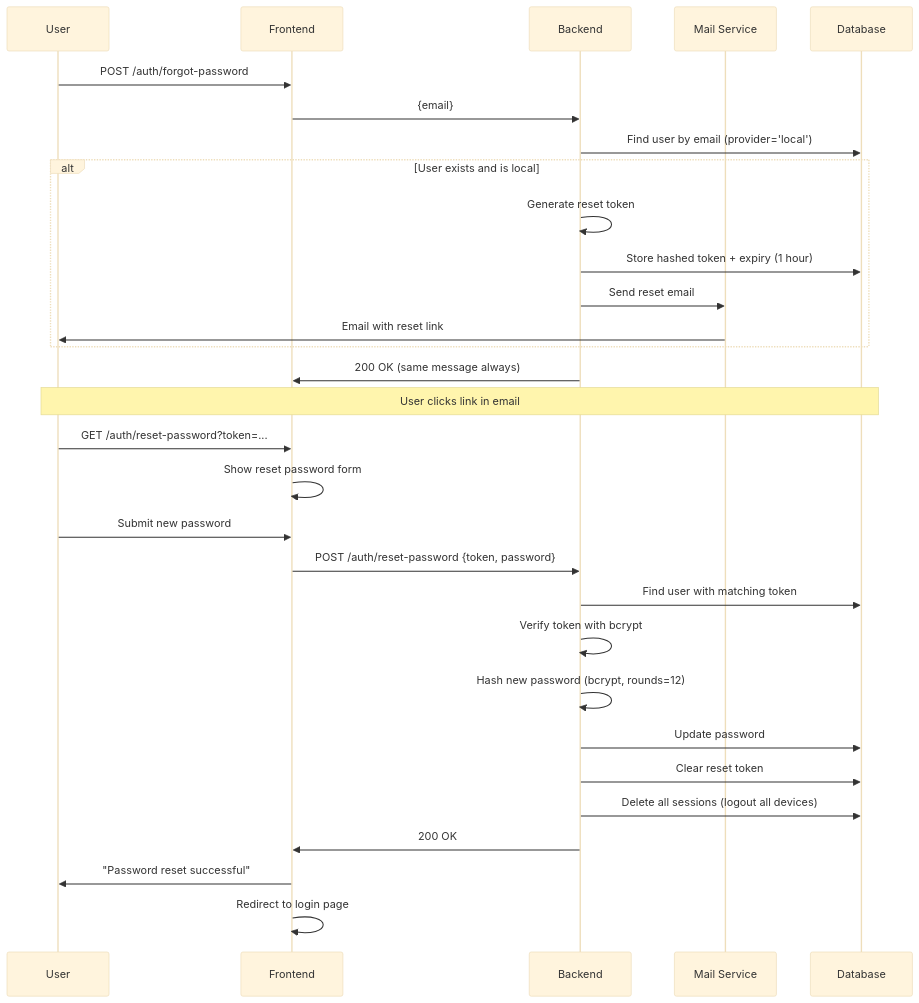
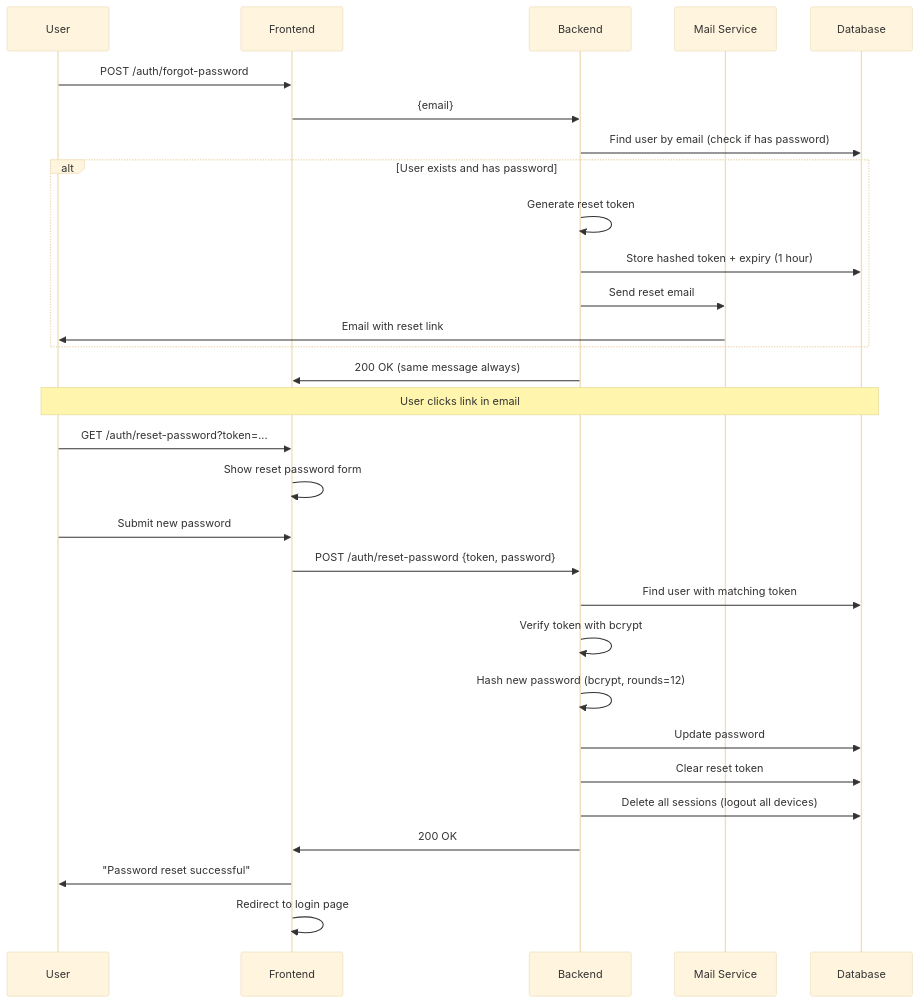
One commit to kevinvuong-mim/mimkat-api changed the diagram in documents/apis/auth/password-reset.md. Above: the diagram before and after it, drawn with Mermaid (base theme). The commit also changed other lines of this file and 5 other files, not shown here.

````diff
--- a/documents/apis/auth/password-reset.md
+++ b/documents/apis/auth/password-reset.md
@@ -236,37 +236,37 @@
 ```mermaid
 sequenceDiagram
     participant U as User
     participant F as Frontend
     participant B as Backend
     participant M as Mail Service
     participant D as Database
 
     U->>F: POST /auth/forgot-password
     F->>B: {email}
-    B->>D: Find user by email (provider='local')
+    B->>D: Find user by email (check if has password)
 
-    alt User exists and is local
+    alt User exists and has password
         B->>B: Generate reset token
         B->>D: Store hashed token + expiry (1 hour)
         B->>M: Send reset email
         M->>U: Email with reset link
     end
 
     B->>F: 200 OK (same message always)
 
     Note over U,D: User clicks link in email
 
     U->>F: GET /auth/reset-password?token=...
     F->>F: Show reset password form
     U->>F: Submit new password
     F->>B: POST /auth/reset-password {token, password}
     B->>D: Find user with matching token
     B->>B: Verify token with bcrypt
     B->>B: Hash new password (bcrypt, rounds=12)
     B->>D: Update password
     B->>D: Clear reset token
     B->>D: Delete all sessions (logout all devices)
     B->>F: 200 OK
     F->>U: "Password reset successful"
     F->>F: Redirect to login page
 ```
````
